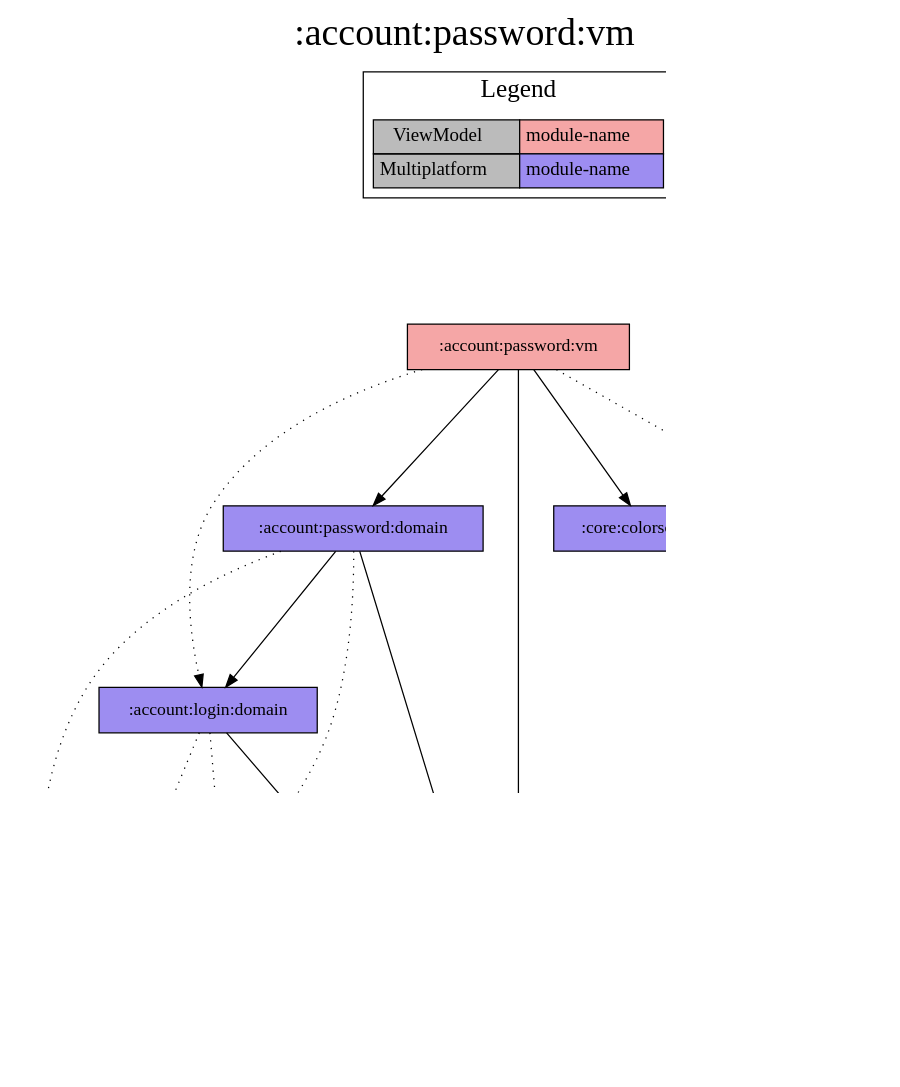
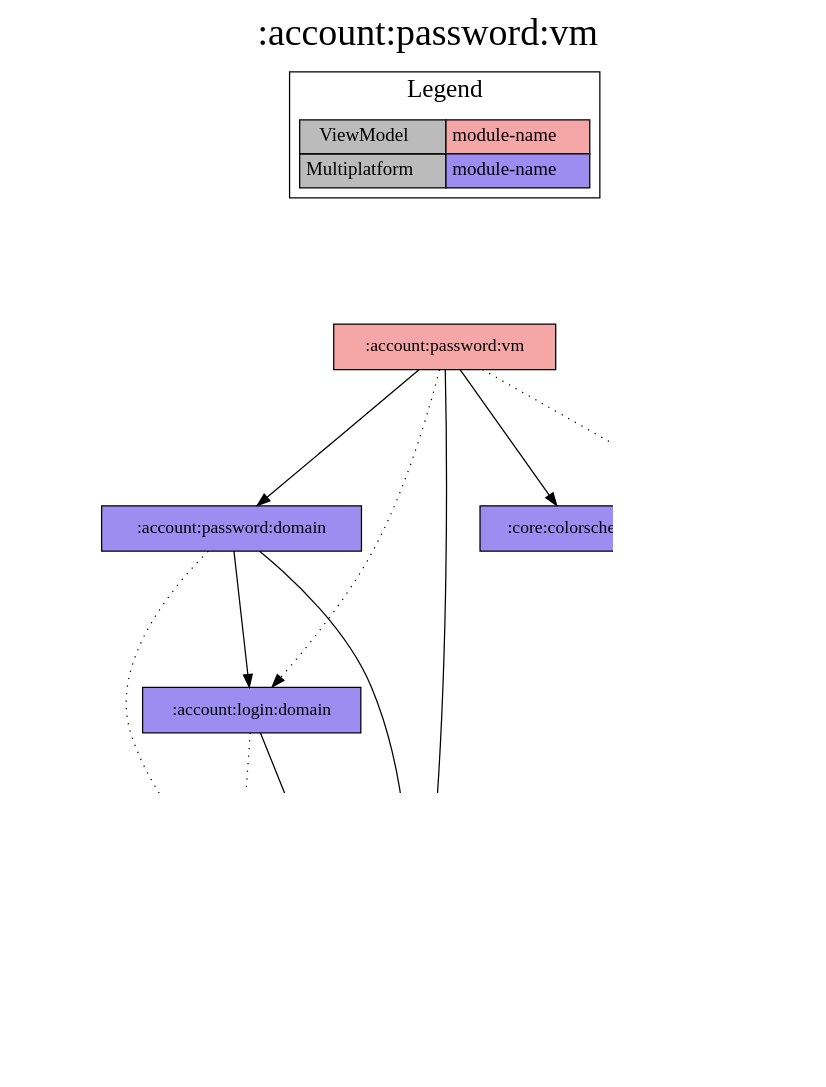
One commit to jonapoul/aktual changed the diagram in modules/account/password/vm/project-dependency-graph.dot. Above: the diagram before and after it, drawn with Graphviz. The commit also changed 50 other files, not shown here.

Commit message:
Remove api:core

```diff
--- a/modules/account/password/vm/project-dependency-graph.dot
+++ b/modules/account/password/vm/project-dependency-graph.dot
@@ -1,47 +1,43 @@
 digraph {
 edge ["dir"="forward"]
 graph ["dpi"="100","label"=":account:password:vm","labelloc"="t","fontsize"="30","ranksep"="1.5","rankdir"="TB"]
 node ["style"="filled"]
 ":account:login:domain" ["fillcolor"="#9D8DF1","shape"="box"]
 ":account:model" ["fillcolor"="#9D8DF1","shape"="box"]
 ":account:password:domain" ["fillcolor"="#9D8DF1","shape"="box"]
 ":account:password:vm" ["fillcolor"="#F5A6A6","shape"="box"]
 ":api:actual" ["fillcolor"="#9D8DF1","shape"="box"]
-":api:core" ["fillcolor"="#9D8DF1","shape"="box"]
 ":budget:model" ["fillcolor"="#9D8DF1","shape"="box"]
 ":core:buildconfig" ["fillcolor"="#9D8DF1","shape"="box"]
 ":core:colorscheme" ["fillcolor"="#9D8DF1","shape"="box"]
 ":core:versions" ["fillcolor"="#9D8DF1","shape"="box"]
 ":url:model" ["fillcolor"="#9D8DF1","shape"="box"]
 {
 edge ["dir"="none"]
 graph ["rank"="same"]
 }
 ":account:login:domain" -> ":account:model"
 ":account:login:domain" -> ":api:actual" ["style"="dotted"]
-":account:login:domain" -> ":api:core" ["style"="dotted"]
 ":account:password:domain" -> ":account:login:domain"
 ":account:password:domain" -> ":account:model"
 ":account:password:domain" -> ":api:actual" ["style"="dotted"]
-":account:password:domain" -> ":api:core" ["style"="dotted"]
 ":account:password:vm" -> ":account:login:domain" ["style"="dotted"]
 ":account:password:vm" -> ":account:model"
 ":account:password:vm" -> ":account:password:domain"
 ":account:password:vm" -> ":core:colorscheme"
 ":account:password:vm" -> ":core:versions" ["style"="dotted"]
 ":api:actual" -> ":account:model"
-":api:actual" -> ":api:core" ["style"="dotted"]
 ":api:actual" -> ":budget:model"
 ":api:actual" -> ":url:model"
 ":core:versions" -> ":core:buildconfig"
 subgraph "cluster_legend" {
 edge ["dir"="none"]
 graph ["label"="Legend","fontsize"="20"]
 "Legend" ["style"="filled","fillcolor"="#bbbbbb","shape"="none","margin"="0","fontsize"="15","label"=<
 <TABLE BORDER="0" CELLBORDER="1" CELLSPACING="0" CELLPADDING="4">
 <TR><TD>ViewModel</TD><TD BGCOLOR="#F5A6A6">module-name</TD></TR>
 <TR><TD>Multiplatform</TD><TD BGCOLOR="#9D8DF1">module-name</TD></TR>
 </TABLE>
 >]
 } -> ":account:password:vm" ["style"="invis"]
 }
```
